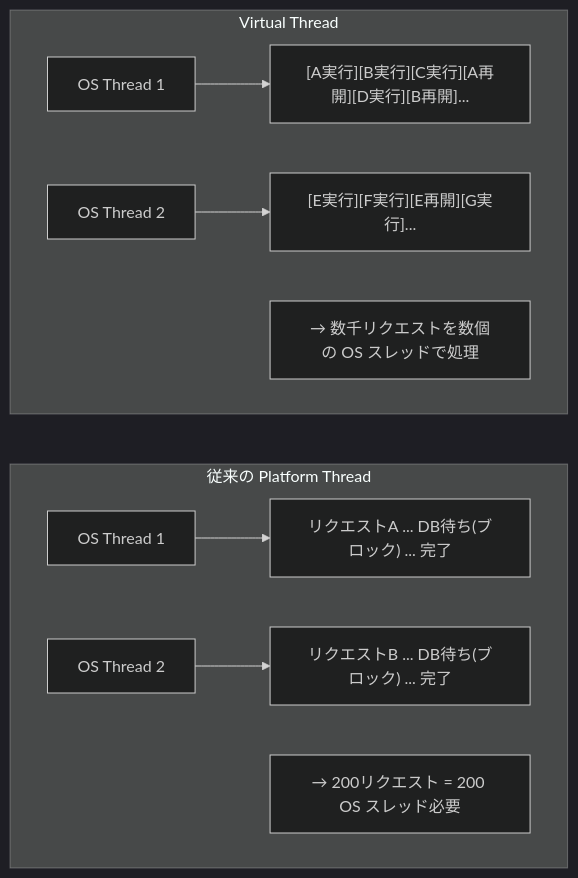
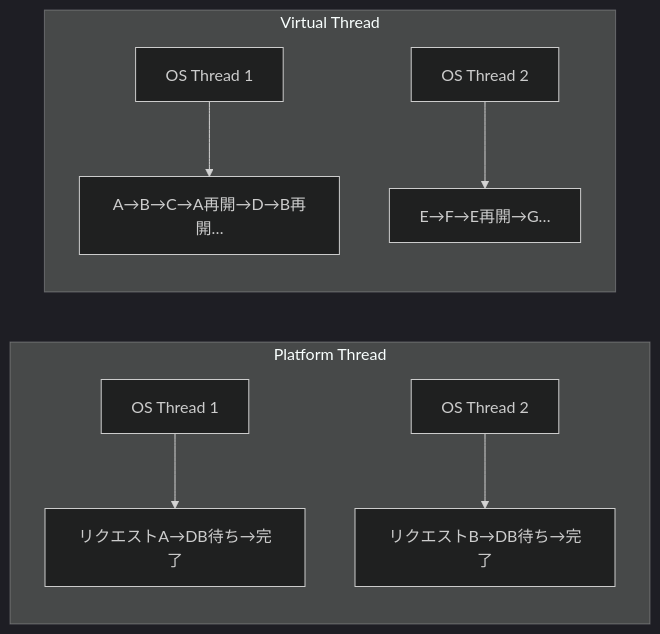
The sixth of 14 diagrams in details/Webサーバーとランタイムのリクエスト処理モデル.md (ryotaro-boost/web-engineer-knowledge-layers), drawn with Mermaid (dark theme) before and after one commit. The commit also changed other lines of this file, not shown here.

First line of the commit message:
Mermaid図のテキスト重なりを修正

````diff
--- a/details/Webサーバーとランタイムのリクエスト処理モデル.md
+++ b/details/Webサーバーとランタイムのリクエスト処理モデル.md
@@ -177,15 +175,11 @@
 ```mermaid
 graph LR
-    subgraph PT["従来の Platform Thread"]
-        direction LR
-        OS1["OS Thread 1"] --> A1["リクエストA ... DB待ち(ブロック) ... 完了"]
-        OS2["OS Thread 2"] --> B1["リクエストB ... DB待ち(ブロック) ... 完了"]
-        PT_Note["→ 200リクエスト = 200 OS スレッド必要"]
+    subgraph PT["Platform Thread"]
+        OS1["OS Thread 1"] --> A1["リクエストA→DB待ち→完了"]
+        OS2["OS Thread 2"] --> B1["リクエストB→DB待ち→完了"]
     end
     subgraph VT["Virtual Thread"]
-        direction LR
-        VOS1["OS Thread 1"] --> VA["[A実行][B実行][C実行][A再開][D実行][B再開]..."]
-        VOS2["OS Thread 2"] --> VB["[E実行][F実行][E再開][G実行]..."]
-        VT_Note["→ 数千リクエストを数個の OS スレッドで処理"]
+        VOS1["OS Thread 1"] --> VA["A→B→C→A再開→D→B再開…"]
+        VOS2["OS Thread 2"] --> VB["E→F→E再開→G…"]
     end
 ```
````
